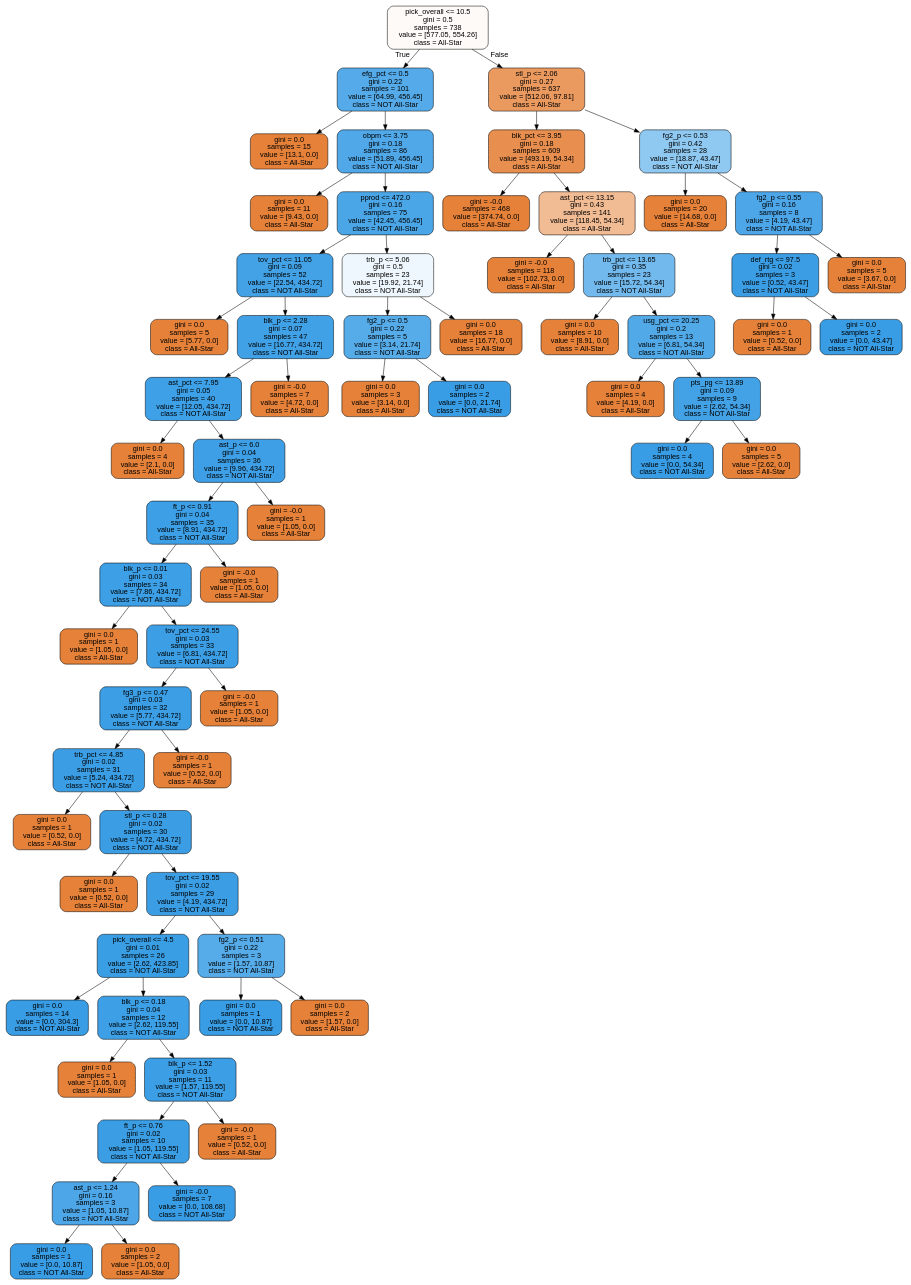
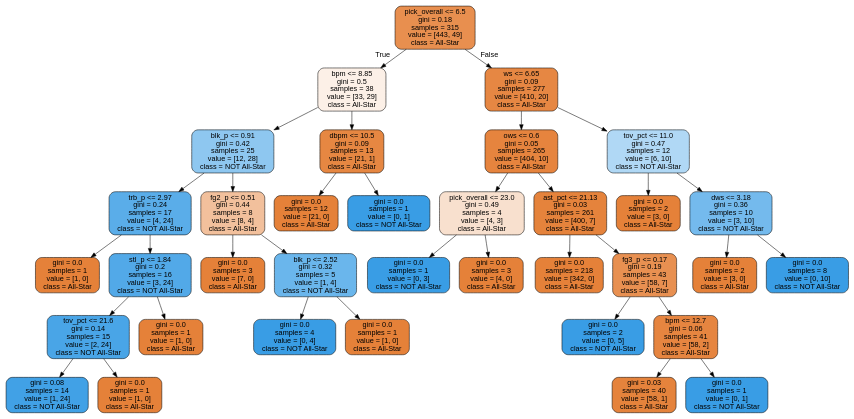
Before and after one commit to minescoviciu/tcri-all-star-prediction: the diagram in tree.dot, drawn with Graphviz. The commit also changed 28 other files, not shown here.

```diff
--- a/tree.dot
+++ b/tree.dot
@@ -1,133 +1,73 @@
 digraph Tree {
 node [shape=box, style="filled, rounded", color="black", fontname=helvetica] ;
 edge [fontname=helvetica] ;
-0 [label="pick_overall <= 10.5\ngini = 0.5\nsamples = 738\nvalue = [577.05, 554.26]\nclass = All-Star", fillcolor="#fefaf7"] ;
-1 [label="efg_pct <= 0.5\ngini = 0.22\nsamples = 101\nvalue = [64.99, 456.45]\nclass = NOT All-Star", fillcolor="#55abe9"] ;
+0 [label="pick_overall <= 6.5\ngini = 0.18\nsamples = 315\nvalue = [443, 49]\nclass = All-Star", fillcolor="#e88f4f"] ;
+1 [label="bpm <= 8.85\ngini = 0.5\nsamples = 38\nvalue = [33, 29]\nclass = All-Star", fillcolor="#fcf0e7"] ;
 0 -> 1 [labeldistance=2.5, labelangle=45, headlabel="True"] ;
-2 [label="gini = 0.0\nsamples = 15\nvalue = [13.1, 0.0]\nclass = All-Star", fillcolor="#e58139"] ;
+2 [label="blk_p <= 0.91\ngini = 0.42\nsamples = 25\nvalue = [12, 28]\nclass = NOT All-Star", fillcolor="#8ec7f0"] ;
 1 -> 2 ;
-3 [label="obpm <= 3.75\ngini = 0.18\nsamples = 86\nvalue = [51.89, 456.45]\nclass = NOT All-Star", fillcolor="#50a8e8"] ;
-1 -> 3 ;
-4 [label="gini = 0.0\nsamples = 11\nvalue = [9.43, 0.0]\nclass = All-Star", fillcolor="#e58139"] ;
+3 [label="trb_p <= 2.97\ngini = 0.24\nsamples = 17\nvalue = [4, 24]\nclass = NOT All-Star", fillcolor="#5aade9"] ;
+2 -> 3 ;
+4 [label="gini = 0.0\nsamples = 1\nvalue = [1, 0]\nclass = All-Star", fillcolor="#e58139"] ;
 3 -> 4 ;
-5 [label="pprod <= 472.0\ngini = 0.16\nsamples = 75\nvalue = [42.45, 456.45]\nclass = NOT All-Star", fillcolor="#4ba6e7"] ;
+5 [label="stl_p <= 1.84\ngini = 0.2\nsamples = 16\nvalue = [3, 24]\nclass = NOT All-Star", fillcolor="#52a9e8"] ;
 3 -> 5 ;
-6 [label="tov_pct <= 11.05\ngini = 0.09\nsamples = 52\nvalue = [22.54, 434.72]\nclass = NOT All-Star", fillcolor="#43a2e6"] ;
+6 [label="tov_pct <= 21.6\ngini = 0.14\nsamples = 15\nvalue = [2, 24]\nclass = NOT All-Star", fillcolor="#49a5e7"] ;
 5 -> 6 ;
-7 [label="gini = 0.0\nsamples = 5\nvalue = [5.77, 0.0]\nclass = All-Star", fillcolor="#e58139"] ;
+7 [label="gini = 0.08\nsamples = 14\nvalue = [1, 24]\nclass = NOT All-Star", fillcolor="#41a1e6"] ;
 6 -> 7 ;
-8 [label="blk_p <= 2.28\ngini = 0.07\nsamples = 47\nvalue = [16.77, 434.72]\nclass = NOT All-Star", fillcolor="#41a1e6"] ;
+8 [label="gini = 0.0\nsamples = 1\nvalue = [1, 0]\nclass = All-Star", fillcolor="#e58139"] ;
 6 -> 8 ;
-9 [label="ast_pct <= 7.95\ngini = 0.05\nsamples = 40\nvalue = [12.05, 434.72]\nclass = NOT All-Star", fillcolor="#3ea0e6"] ;
-8 -> 9 ;
-10 [label="gini = 0.0\nsamples = 4\nvalue = [2.1, 0.0]\nclass = All-Star", fillcolor="#e58139"] ;
-9 -> 10 ;
-11 [label="ast_p <= 6.0\ngini = 0.04\nsamples = 36\nvalue = [9.96, 434.72]\nclass = NOT All-Star", fillcolor="#3e9fe6"] ;
-9 -> 11 ;
-12 [label="ft_p <= 0.91\ngini = 0.04\nsamples = 35\nvalue = [8.91, 434.72]\nclass = NOT All-Star", fillcolor="#3d9fe6"] ;
-11 -> 12 ;
-13 [label="blk_p <= 0.01\ngini = 0.03\nsamples = 34\nvalue = [7.86, 434.72]\nclass = NOT All-Star", fillcolor="#3d9fe5"] ;
+9 [label="gini = 0.0\nsamples = 1\nvalue = [1, 0]\nclass = All-Star", fillcolor="#e58139"] ;
+5 -> 9 ;
+10 [label="fg2_p <= 0.51\ngini = 0.44\nsamples = 8\nvalue = [8, 4]\nclass = All-Star", fillcolor="#f2c09c"] ;
+2 -> 10 ;
+11 [label="gini = 0.0\nsamples = 3\nvalue = [7, 0]\nclass = All-Star", fillcolor="#e58139"] ;
+10 -> 11 ;
+12 [label="blk_p <= 2.52\ngini = 0.32\nsamples = 5\nvalue = [1, 4]\nclass = NOT All-Star", fillcolor="#6ab6ec"] ;
+10 -> 12 ;
+13 [label="gini = 0.0\nsamples = 4\nvalue = [0, 4]\nclass = NOT All-Star", fillcolor="#399de5"] ;
 12 -> 13 ;
-14 [label="gini = 0.0\nsamples = 1\nvalue = [1.05, 0.0]\nclass = All-Star", fillcolor="#e58139"] ;
-13 -> 14 ;
-15 [label="tov_pct <= 24.55\ngini = 0.03\nsamples = 33\nvalue = [6.81, 434.72]\nclass = NOT All-Star", fillcolor="#3c9fe5"] ;
-13 -> 15 ;
-16 [label="fg3_p <= 0.47\ngini = 0.03\nsamples = 32\nvalue = [5.77, 434.72]\nclass = NOT All-Star", fillcolor="#3c9ee5"] ;
+14 [label="gini = 0.0\nsamples = 1\nvalue = [1, 0]\nclass = All-Star", fillcolor="#e58139"] ;
+12 -> 14 ;
+15 [label="dbpm <= 10.5\ngini = 0.09\nsamples = 13\nvalue = [21, 1]\nclass = All-Star", fillcolor="#e68742"] ;
+1 -> 15 ;
+16 [label="gini = 0.0\nsamples = 12\nvalue = [21, 0]\nclass = All-Star", fillcolor="#e58139"] ;
 15 -> 16 ;
-17 [label="trb_pct <= 4.85\ngini = 0.02\nsamples = 31\nvalue = [5.24, 434.72]\nclass = NOT All-Star", fillcolor="#3b9ee5"] ;
-16 -> 17 ;
-18 [label="gini = 0.0\nsamples = 1\nvalue = [0.52, 0.0]\nclass = All-Star", fillcolor="#e58139"] ;
-17 -> 18 ;
-19 [label="stl_p <= 0.28\ngini = 0.02\nsamples = 30\nvalue = [4.72, 434.72]\nclass = NOT All-Star", fillcolor="#3b9ee5"] ;
-17 -> 19 ;
-20 [label="gini = 0.0\nsamples = 1\nvalue = [0.52, 0.0]\nclass = All-Star", fillcolor="#e58139"] ;
+17 [label="gini = 0.0\nsamples = 1\nvalue = [0, 1]\nclass = NOT All-Star", fillcolor="#399de5"] ;
+15 -> 17 ;
+18 [label="ws <= 6.65\ngini = 0.09\nsamples = 277\nvalue = [410, 20]\nclass = All-Star", fillcolor="#e68743"] ;
+0 -> 18 [labeldistance=2.5, labelangle=-45, headlabel="False"] ;
+19 [label="ows <= 0.6\ngini = 0.05\nsamples = 265\nvalue = [404, 10]\nclass = All-Star", fillcolor="#e6843e"] ;
+18 -> 19 ;
+20 [label="pick_overall <= 23.0\ngini = 0.49\nsamples = 4\nvalue = [4, 3]\nclass = All-Star", fillcolor="#f8e0ce"] ;
 19 -> 20 ;
-21 [label="tov_pct <= 19.55\ngini = 0.02\nsamples = 29\nvalue = [4.19, 434.72]\nclass = NOT All-Star", fillcolor="#3b9ee5"] ;
-19 -> 21 ;
-22 [label="pick_overall <= 4.5\ngini = 0.01\nsamples = 26\nvalue = [2.62, 423.85]\nclass = NOT All-Star", fillcolor="#3a9ee5"] ;
-21 -> 22 ;
-23 [label="gini = 0.0\nsamples = 14\nvalue = [0.0, 304.3]\nclass = NOT All-Star", fillcolor="#399de5"] ;
-22 -> 23 ;
-24 [label="blk_p <= 0.18\ngini = 0.04\nsamples = 12\nvalue = [2.62, 119.55]\nclass = NOT All-Star", fillcolor="#3d9fe6"] ;
-22 -> 24 ;
-25 [label="gini = 0.0\nsamples = 1\nvalue = [1.05, 0.0]\nclass = All-Star", fillcolor="#e58139"] ;
-24 -> 25 ;
-26 [label="blk_p <= 1.52\ngini = 0.03\nsamples = 11\nvalue = [1.57, 119.55]\nclass = NOT All-Star", fillcolor="#3c9ee5"] ;
-24 -> 26 ;
-27 [label="ft_p <= 0.76\ngini = 0.02\nsamples = 10\nvalue = [1.05, 119.55]\nclass = NOT All-Star", fillcolor="#3b9ee5"] ;
-26 -> 27 ;
-28 [label="ast_p <= 1.24\ngini = 0.16\nsamples = 3\nvalue = [1.05, 10.87]\nclass = NOT All-Star", fillcolor="#4ca6e8"] ;
+21 [label="gini = 0.0\nsamples = 1\nvalue = [0, 3]\nclass = NOT All-Star", fillcolor="#399de5"] ;
+20 -> 21 ;
+22 [label="gini = 0.0\nsamples = 3\nvalue = [4, 0]\nclass = All-Star", fillcolor="#e58139"] ;
+20 -> 22 ;
+23 [label="ast_pct <= 21.13\ngini = 0.03\nsamples = 261\nvalue = [400, 7]\nclass = All-Star", fillcolor="#e5833c"] ;
+19 -> 23 ;
+24 [label="gini = 0.0\nsamples = 218\nvalue = [342, 0]\nclass = All-Star", fillcolor="#e58139"] ;
+23 -> 24 ;
+25 [label="fg3_p <= 0.17\ngini = 0.19\nsamples = 43\nvalue = [58, 7]\nclass = All-Star", fillcolor="#e89051"] ;
+23 -> 25 ;
+26 [label="gini = 0.0\nsamples = 2\nvalue = [0, 5]\nclass = NOT All-Star", fillcolor="#399de5"] ;
+25 -> 26 ;
+27 [label="bpm <= 12.7\ngini = 0.06\nsamples = 41\nvalue = [58, 2]\nclass = All-Star", fillcolor="#e68540"] ;
+25 -> 27 ;
+28 [label="gini = 0.03\nsamples = 40\nvalue = [58, 1]\nclass = All-Star", fillcolor="#e5833c"] ;
 27 -> 28 ;
-29 [label="gini = 0.0\nsamples = 1\nvalue = [0.0, 10.87]\nclass = NOT All-Star", fillcolor="#399de5"] ;
-28 -> 29 ;
-30 [label="gini = 0.0\nsamples = 2\nvalue = [1.05, 0.0]\nclass = All-Star", fillcolor="#e58139"] ;
-28 -> 30 ;
-31 [label="gini = -0.0\nsamples = 7\nvalue = [0.0, 108.68]\nclass = NOT All-Star", fillcolor="#399de5"] ;
-27 -> 31 ;
-32 [label="gini = -0.0\nsamples = 1\nvalue = [0.52, 0.0]\nclass = All-Star", fillcolor="#e58139"] ;
-26 -> 32 ;
-33 [label="fg2_p <= 0.51\ngini = 0.22\nsamples = 3\nvalue = [1.57, 10.87]\nclass = NOT All-Star", fillcolor="#56abe9"] ;
-21 -> 33 ;
-34 [label="gini = 0.0\nsamples = 1\nvalue = [0.0, 10.87]\nclass = NOT All-Star", fillcolor="#399de5"] ;
-33 -> 34 ;
-35 [label="gini = 0.0\nsamples = 2\nvalue = [1.57, 0.0]\nclass = All-Star", fillcolor="#e58139"] ;
-33 -> 35 ;
-36 [label="gini = -0.0\nsamples = 1\nvalue = [0.52, 0.0]\nclass = All-Star", fillcolor="#e58139"] ;
-16 -> 36 ;
-37 [label="gini = -0.0\nsamples = 1\nvalue = [1.05, 0.0]\nclass = All-Star", fillcolor="#e58139"] ;
-15 -> 37 ;
-38 [label="gini = -0.0\nsamples = 1\nvalue = [1.05, 0.0]\nclass = All-Star", fillcolor="#e58139"] ;
-12 -> 38 ;
-39 [label="gini = -0.0\nsamples = 1\nvalue = [1.05, 0.0]\nclass = All-Star", fillcolor="#e58139"] ;
-11 -> 39 ;
-40 [label="gini = -0.0\nsamples = 7\nvalue = [4.72, 0.0]\nclass = All-Star", fillcolor="#e58139"] ;
-8 -> 40 ;
-41 [label="trb_p <= 5.06\ngini = 0.5\nsamples = 23\nvalue = [19.92, 21.74]\nclass = NOT All-Star", fillcolor="#eef7fd"] ;
-5 -> 41 ;
-42 [label="fg2_p <= 0.5\ngini = 0.22\nsamples = 5\nvalue = [3.14, 21.74]\nclass = NOT All-Star", fillcolor="#56abe9"] ;
-41 -> 42 ;
-43 [label="gini = 0.0\nsamples = 3\nvalue = [3.14, 0.0]\nclass = All-Star", fillcolor="#e58139"] ;
-42 -> 43 ;
-44 [label="gini = 0.0\nsamples = 2\nvalue = [0.0, 21.74]\nclass = NOT All-Star", fillcolor="#399de5"] ;
-42 -> 44 ;
-45 [label="gini = 0.0\nsamples = 18\nvalue = [16.77, 0.0]\nclass = All-Star", fillcolor="#e58139"] ;
-41 -> 45 ;
-46 [label="stl_p <= 2.06\ngini = 0.27\nsamples = 637\nvalue = [512.06, 97.81]\nclass = All-Star", fillcolor="#ea995f"] ;
-0 -> 46 [labeldistance=2.5, labelangle=-45, headlabel="False"] ;
-47 [label="blk_pct <= 3.95\ngini = 0.18\nsamples = 609\nvalue = [493.19, 54.34]\nclass = All-Star", fillcolor="#e88f4f"] ;
-46 -> 47 ;
-48 [label="gini = -0.0\nsamples = 468\nvalue = [374.74, 0.0]\nclass = All-Star", fillcolor="#e58139"] ;
-47 -> 48 ;
-49 [label="ast_pct <= 13.15\ngini = 0.43\nsamples = 141\nvalue = [118.45, 54.34]\nclass = All-Star", fillcolor="#f1bb94"] ;
-47 -> 49 ;
-50 [label="gini = -0.0\nsamples = 118\nvalue = [102.73, 0.0]\nclass = All-Star", fillcolor="#e58139"] ;
-49 -> 50 ;
-51 [label="trb_pct <= 13.65\ngini = 0.35\nsamples = 23\nvalue = [15.72, 54.34]\nclass = NOT All-Star", fillcolor="#72b9ed"] ;
-49 -> 51 ;
-52 [label="gini = 0.0\nsamples = 10\nvalue = [8.91, 0.0]\nclass = All-Star", fillcolor="#e58139"] ;
-51 -> 52 ;
-53 [label="usg_pct <= 20.25\ngini = 0.2\nsamples = 13\nvalue = [6.81, 54.34]\nclass = NOT All-Star", fillcolor="#52a9e8"] ;
-51 -> 53 ;
-54 [label="gini = 0.0\nsamples = 4\nvalue = [4.19, 0.0]\nclass = All-Star", fillcolor="#e58139"] ;
-53 -> 54 ;
-55 [label="pts_pg <= 13.89\ngini = 0.09\nsamples = 9\nvalue = [2.62, 54.34]\nclass = NOT All-Star", fillcolor="#43a2e6"] ;
-53 -> 55 ;
-56 [label="gini = 0.0\nsamples = 4\nvalue = [0.0, 54.34]\nclass = NOT All-Star", fillcolor="#399de5"] ;
-55 -> 56 ;
-57 [label="gini = 0.0\nsamples = 5\nvalue = [2.62, 0.0]\nclass = All-Star", fillcolor="#e58139"] ;
-55 -> 57 ;
-58 [label="fg2_p <= 0.53\ngini = 0.42\nsamples = 28\nvalue = [18.87, 43.47]\nclass = NOT All-Star", fillcolor="#8fc8f0"] ;
-46 -> 58 ;
-59 [label="gini = 0.0\nsamples = 20\nvalue = [14.68, 0.0]\nclass = All-Star", fillcolor="#e58139"] ;
-58 -> 59 ;
-60 [label="fg2_p <= 0.55\ngini = 0.16\nsamples = 8\nvalue = [4.19, 43.47]\nclass = NOT All-Star", fillcolor="#4ca6e8"] ;
-58 -> 60 ;
-61 [label="def_rtg <= 97.5\ngini = 0.02\nsamples = 3\nvalue = [0.52, 43.47]\nclass = NOT All-Star", fillcolor="#3b9ee5"] ;
-60 -> 61 ;
-62 [label="gini = 0.0\nsamples = 1\nvalue = [0.52, 0.0]\nclass = All-Star", fillcolor="#e58139"] ;
-61 -> 62 ;
-63 [label="gini = 0.0\nsamples = 2\nvalue = [0.0, 43.47]\nclass = NOT All-Star", fillcolor="#399de5"] ;
-61 -> 63 ;
-64 [label="gini = 0.0\nsamples = 5\nvalue = [3.67, 0.0]\nclass = All-Star", fillcolor="#e58139"] ;
-60 -> 64 ;
+29 [label="gini = 0.0\nsamples = 1\nvalue = [0, 1]\nclass = NOT All-Star", fillcolor="#399de5"] ;
+27 -> 29 ;
+30 [label="tov_pct <= 11.0\ngini = 0.47\nsamples = 12\nvalue = [6, 10]\nclass = NOT All-Star", fillcolor="#b0d8f5"] ;
+18 -> 30 ;
+31 [label="gini = 0.0\nsamples = 2\nvalue = [3, 0]\nclass = All-Star", fillcolor="#e58139"] ;
+30 -> 31 ;
+32 [label="dws <= 3.18\ngini = 0.36\nsamples = 10\nvalue = [3, 10]\nclass = NOT All-Star", fillcolor="#74baed"] ;
+30 -> 32 ;
+33 [label="gini = 0.0\nsamples = 2\nvalue = [3, 0]\nclass = All-Star", fillcolor="#e58139"] ;
+32 -> 33 ;
+34 [label="gini = 0.0\nsamples = 8\nvalue = [0, 10]\nclass = NOT All-Star", fillcolor="#399de5"] ;
+32 -> 34 ;
 }
```
